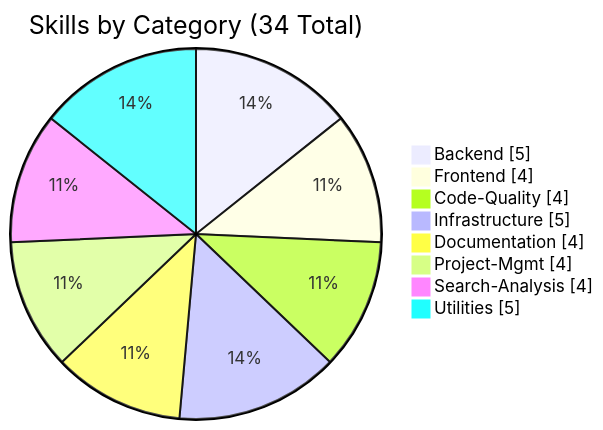
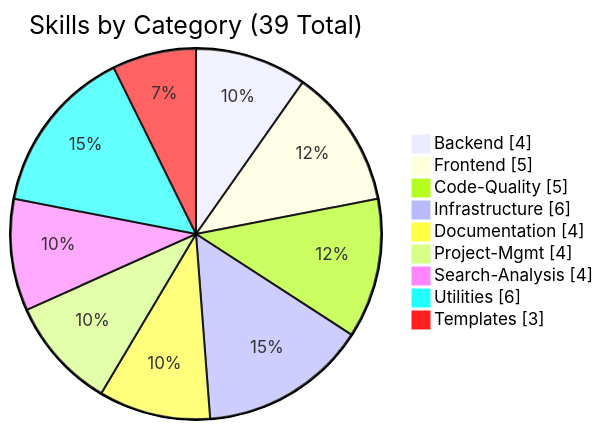
The third of 6 diagrams in README.md (supercent-io/skills-template), drawn with Mermaid before and after one commit. The commit also changed other lines of this file and 9 other files, not shown here.

````diff
--- a/README.md
+++ b/README.md
@@ -103,12 +103,13 @@
 ```mermaid
 pie showData
-    title Skills by Category (34 Total)
-    "Backend" : 5
-    "Frontend" : 4
-    "Code-Quality" : 4
-    "Infrastructure" : 5
+    title Skills by Category (39 Total)
+    "Backend" : 4
+    "Frontend" : 5
+    "Code-Quality" : 5
+    "Infrastructure" : 6
     "Documentation" : 4
     "Project-Mgmt" : 4
     "Search-Analysis" : 4
-    "Utilities" : 5
+    "Utilities" : 6
+    "Templates" : 3
 ```
````
